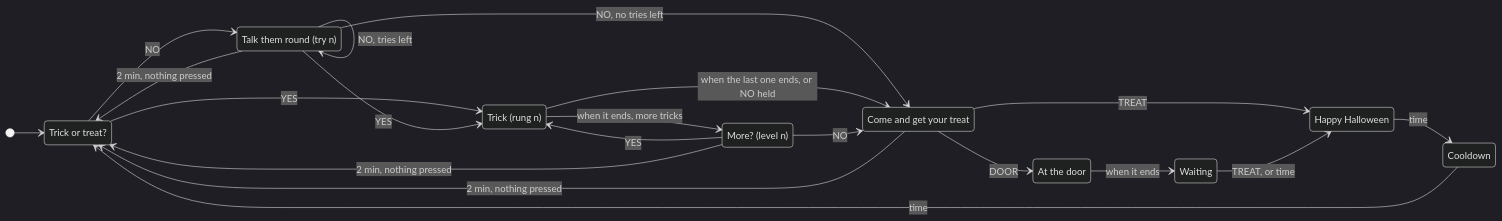
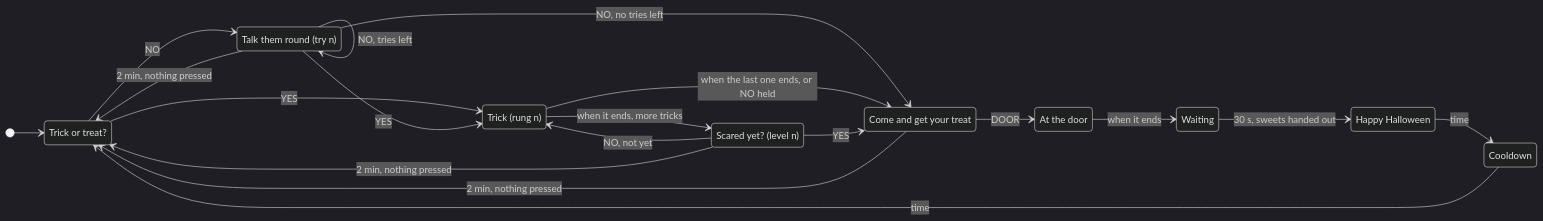
One commit to paperclipmonkey/facade-mapper changed the second of 4 diagrams in docs/button-game.md. Above: the diagram before and after it, drawn with Mermaid (dark theme). The commit also changed other lines of this file and 18 other files, not shown here.

First line of the commit message:
Dare game: scared yet?, no TREAT button, calmer tentacles, blood that restarts

````diff
--- a/docs/button-game.md
+++ b/docs/button-game.md
@@ -159,33 +162,32 @@
 ```mermaid
 stateDiagram-v2
   direction LR
   [*] --> TrickOrTreat
 
   state "Trick or treat?" as TrickOrTreat
   TrickOrTreat --> Trick: YES
   TrickOrTreat --> TalkThemRound: NO
   state "Talk them round (try n)" as TalkThemRound
   TalkThemRound --> Trick: YES
   TalkThemRound --> TalkThemRound: NO, tries left
   TalkThemRound --> ComeAndGetYourTreat: NO, no tries left
   TalkThemRound --> TrickOrTreat: 2 min, nothing pressed
 
   state "Trick (rung n)" as Trick
-  Trick --> More: when it ends, more tricks
+  Trick --> ScaredYet: when it ends, more tricks
   Trick --> ComeAndGetYourTreat: when the last one ends, or NO held
-  state "More? (level n)" as More
-  More --> Trick: YES
-  More --> ComeAndGetYourTreat: NO
-  More --> TrickOrTreat: 2 min, nothing pressed
+  state "Scared yet? (level n)" as ScaredYet
+  ScaredYet --> Trick: NO, not yet
+  ScaredYet --> ComeAndGetYourTreat: YES
+  ScaredYet --> TrickOrTreat: 2 min, nothing pressed
 
   state "Come and get your treat" as ComeAndGetYourTreat
   ComeAndGetYourTreat --> AtTheDoor: DOOR
-  ComeAndGetYourTreat --> HappyHalloween: TREAT
   ComeAndGetYourTreat --> TrickOrTreat: 2 min, nothing pressed
   state "At the door" as AtTheDoor
   AtTheDoor --> Waiting: when it ends
-  Waiting --> HappyHalloween: TREAT, or time
+  Waiting --> HappyHalloween: 30 s, sweets handed out
   state "Happy Halloween" as HappyHalloween
   HappyHalloween --> Cooldown: time
   Cooldown --> TrickOrTreat: time
 ```
````
